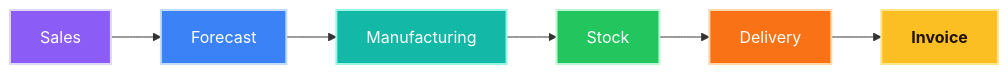
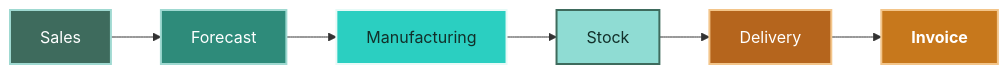
One commit to NoohSD/NoohSD changed the fourth of 6 diagrams in README.md. Above: the diagram before and after it, drawn with Mermaid. The commit also changed other lines of this file, not shown here.

````diff
--- a/README.md
+++ b/README.md
@@ -231,16 +233,16 @@
 ```mermaid
 flowchart LR
     S[Sales] --> F[Forecast] --> M[Manufacturing] --> K[Stock] --> D[Delivery] --> I[Invoice]
-    classDef s1 fill:#8B5CF6,color:#FFFFFF,stroke:#DDD6FE,stroke-width:2px
-    classDef s2 fill:#3B82F6,color:#FFFFFF,stroke:#BFDBFE,stroke-width:2px
-    classDef s3 fill:#14B8A6,color:#FFFFFF,stroke:#99F6E4,stroke-width:2px
-    classDef s4 fill:#22C55E,color:#FFFFFF,stroke:#BBF7D0,stroke-width:2px
-    classDef s5 fill:#F97316,color:#FFFFFF,stroke:#FED7AA,stroke-width:2px
-    classDef s6 fill:#FBBF24,color:#1F1300,stroke:#FDE68A,stroke-width:2px,font-weight:bold
+    classDef s1 fill:#3E6B5D,color:#FFFFFF,stroke:#9FD9D1,stroke-width:2px
+    classDef s2 fill:#2E8B7A,color:#FFFFFF,stroke:#9FD9D1,stroke-width:2px
+    classDef s3 fill:#2BCFC1,color:#12302A,stroke:#E6FAF7,stroke-width:2px
+    classDef s4 fill:#8FDCD3,color:#12302A,stroke:#3E6B5D,stroke-width:2px
+    classDef s5 fill:#B5651D,color:#FFFFFF,stroke:#F3C58A,stroke-width:2px
+    classDef s6 fill:#C7781C,color:#FFFFFF,stroke:#F3C58A,stroke-width:2px,font-weight:bold
     class S s1
     class F s2
     class M s3
     class K s4
     class D s5
     class I s6
 ```
````
